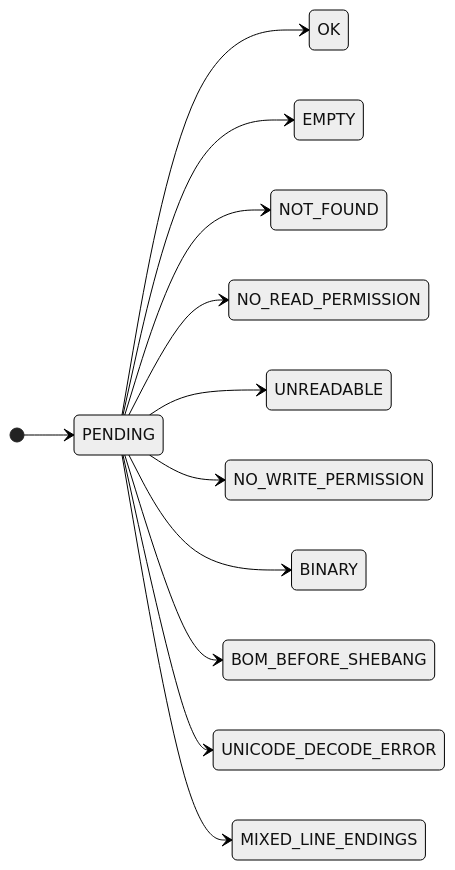
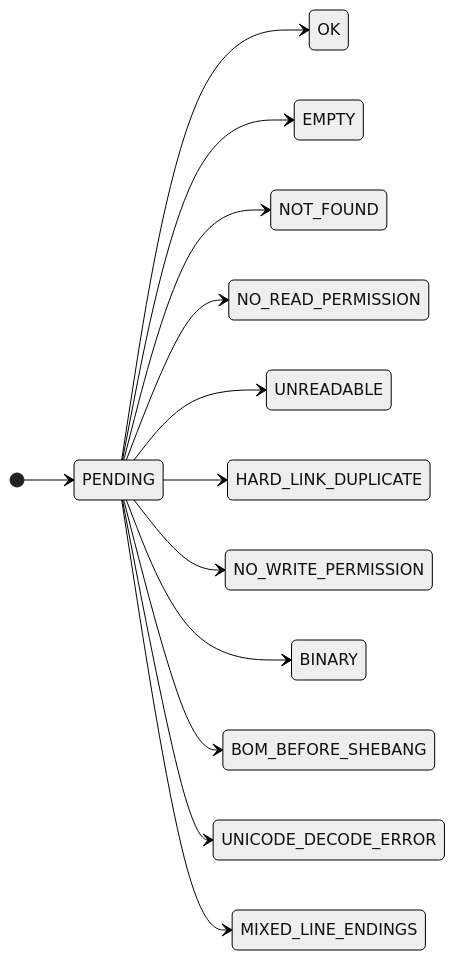
One commit to shutterfreak/topmark changed diagram 14 of 25 in docs/dev/pipelines.md. Above: the diagram before and after it, drawn with Mermaid (neutral theme). The commit also changed other lines of this file and 48 other files, not shown here.

````diff
--- a/docs/dev/pipelines.md
+++ b/docs/dev/pipelines.md
@@ -566,15 +589,16 @@
 ```mermaid
 stateDiagram-v2
   direction LR
   [*] --> PENDING
   PENDING --> OK
   PENDING --> EMPTY
   PENDING --> NOT_FOUND
   PENDING --> NO_READ_PERMISSION
   PENDING --> UNREADABLE
+  PENDING --> HARD_LINK_DUPLICATE
   PENDING --> NO_WRITE_PERMISSION
   PENDING --> BINARY
   PENDING --> BOM_BEFORE_SHEBANG
   PENDING --> UNICODE_DECODE_ERROR
   PENDING --> MIXED_LINE_ENDINGS
 ```
````
